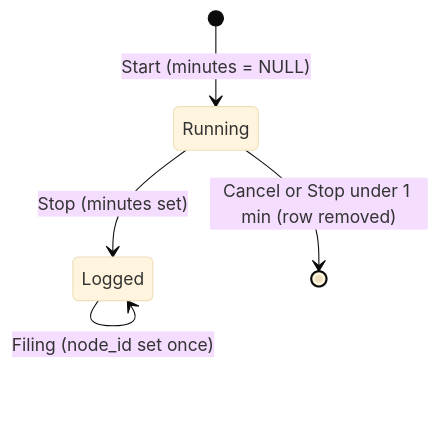
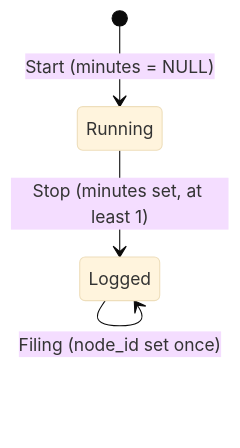
Before and after one commit to SaumyaKarnwal/focus-ledger: the second of 2 diagrams in docs/schema.md, drawn with Mermaid (base theme). The commit also changed other lines of this file and 1 other file, not shown here.

````diff
--- a/docs/schema.md
+++ b/docs/schema.md
@@ -175,8 +176,7 @@
 ```mermaid
 stateDiagram-v2
     [*] --> Running: Start (minutes = NULL)
-    Running --> Logged: Stop (minutes set)
-    Running --> [*]: Cancel or Stop under 1 min (row removed)
+    Running --> Logged: Stop (minutes set, at least 1)
     Logged --> Logged: Extension (minutes grow)
     Logged --> Logged: Filing (node_id set once)
 ```
````
